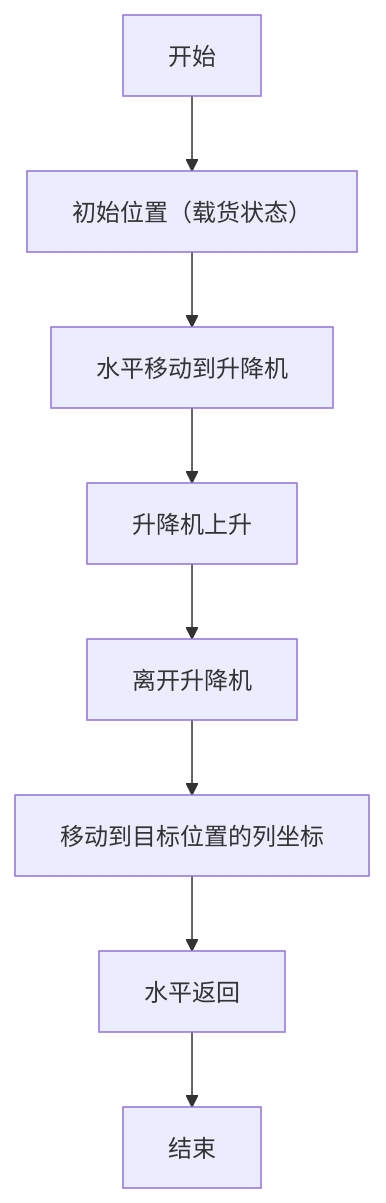
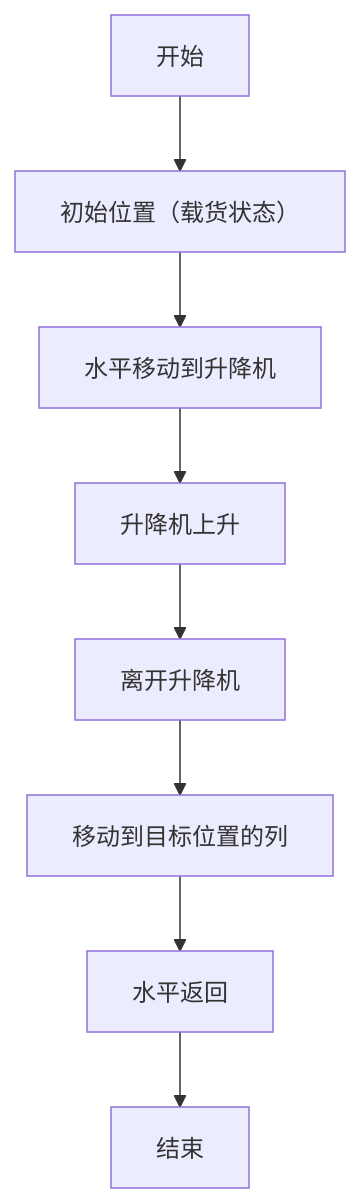
One commit to Mrmilu212/iodraw-files changed the diagram in all/未命名-1.md. Above: the diagram before and after it, drawn with Mermaid.

Commit message:
2025-05-20 14:51:32 update

````diff
--- a/all/未命名-1.md
+++ b/all/未命名-1.md
@@ -1,10 +1,11 @@
 ```mermaid
 graph TD
     A[开始] --> B[初始位置（载货状态）]
     B --> C[水平移动到升降机]
     C --> D[升降机上升]
     D --> E[离开升降机]
-    E --> F[移动到目标位置的列坐标]
+    E --> F[移动到目标位置的列]
+    F
     F --> G[水平返回]
     G --> H[结束]
 ```
````
